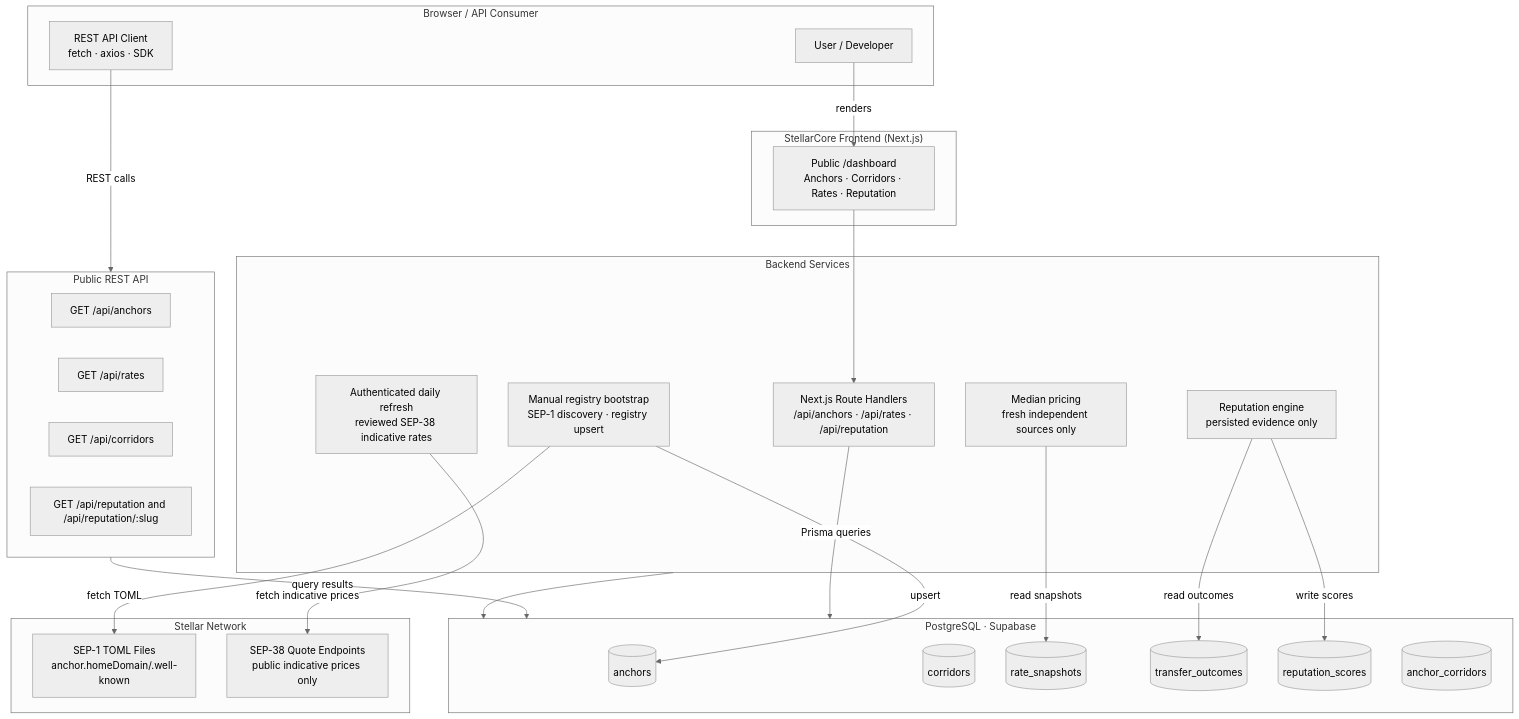
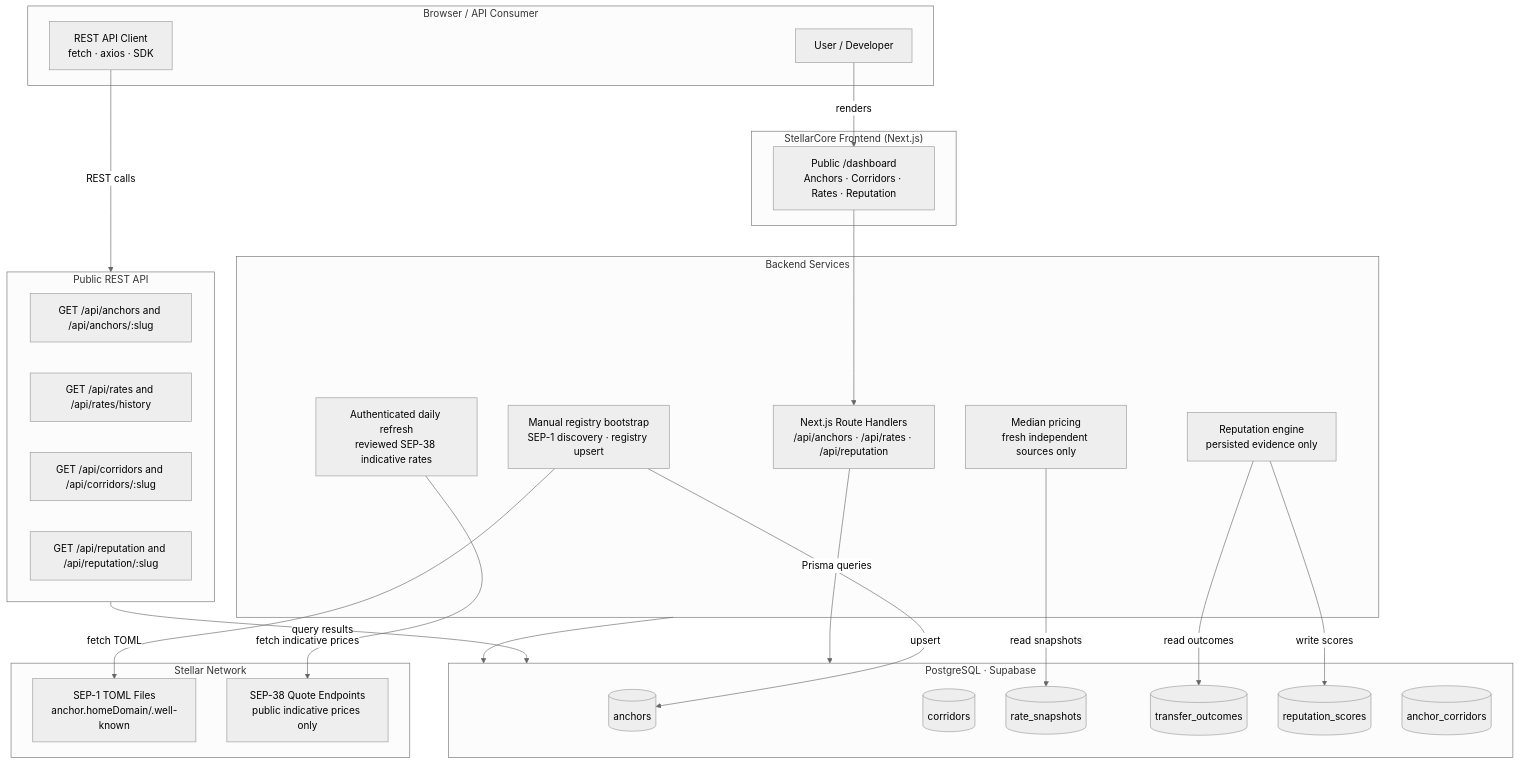
Before and after one commit to QueenColly/StellarCore: the diagram in README.md, drawn with Mermaid (neutral theme). The commit also changed other lines of this file, not shown here.

````diff
--- a/README.md
+++ b/README.md
@@ -44,53 +44,53 @@
 ```mermaid
 graph TB
     subgraph FE["StellarCore Frontend (Next.js)"]
         UI["Public /dashboard\nAnchors · Corridors · Rates · Reputation"]
     end
 
     subgraph BROWSER["Browser / API Consumer"]
         USER["User / Developer"]
         CLIENT["REST API Client\nfetch · axios · SDK"]
     end
 
     subgraph BACKEND["Backend Services"]
         BOOTSTRAP["Manual registry bootstrap\nSEP-1 discovery · registry upsert"]
         REFRESH["Authenticated daily refresh\nreviewed SEP-38 indicative rates"]
         REPENG["Reputation engine\npersisted evidence only"]
         MEDIAN["Median pricing\nfresh independent sources only"]
         ROUTES["Next.js Route Handlers\n/api/anchors · /api/rates · /api/reputation"]
     end
 
     subgraph DB["PostgreSQL · Supabase"]
         ANCHORS[("anchors")]
         CORRIDORS[("corridors")]
         RATES[("rate_snapshots")]
         OUTCOMES[("transfer_outcomes")]
         SCORES[("reputation_scores")]
         JUNCTION[("anchor_corridors")]
     end
 
     subgraph PUBAPI["Public REST API"]
-        PA1["GET /api/anchors"]
-        PA2["GET /api/rates"]
-        PA3["GET /api/corridors"]
+        PA1["GET /api/anchors and /api/anchors/:slug"]
+        PA2["GET /api/rates and /api/rates/history"]
+        PA3["GET /api/corridors and /api/corridors/:slug"]
         PA4["GET /api/reputation and /api/reputation/:slug"]
     end
 
     subgraph STELLAR["Stellar Network"]
         TOML["SEP-1 TOML Files\nanchor.homeDomain/.well-known"]
         SEP38["SEP-38 Quote Endpoints\npublic indicative prices only"]
     end
 
     USER -->|renders| UI
     UI --> ROUTES
     CLIENT -->|REST calls| PUBAPI
     ROUTES -->|Prisma queries| DB
     PUBAPI -->|query results| DB
     BOOTSTRAP -->|fetch TOML| TOML
     REFRESH -->|fetch indicative prices| SEP38
     REPENG -->|read outcomes| OUTCOMES
     REPENG -->|write scores| SCORES
     MEDIAN -->|read snapshots| RATES
     BOOTSTRAP -->|upsert| ANCHORS
     BACKEND --> DB
 ```
````
